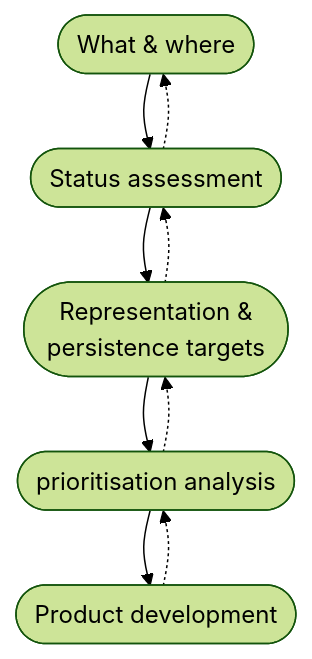
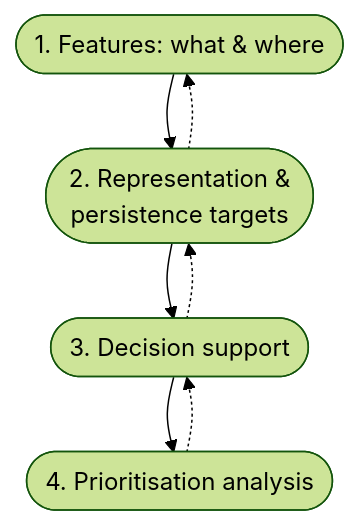
Before and after one commit to ekznw/kzn-scp: the diagram in website/intro.qmd, drawn with Mermaid (forest theme). The commit also changed other lines of this file and 100 other files, not shown here.

````diff
--- a/website/intro.qmd
+++ b/website/intro.qmd
@@ -83,26 +75,26 @@
 ```{mermaid}
 %%| fig-align: center
 
 %% png: images/intro/fig01.png
 
 flowchart TD
 
 %% === Main stages ===
-obj1([What & where])
-obj2([Status assessment])
-obj3([Representation & <br> persistence targets])
-obj4([prioritisation analysis])
-obj5([Product development])
+obj1([1. Features: what & where])
+%%obj2([Status assessment])
+obj2([2. Representation & <br> persistence targets])
+obj3([3. Decision support])
+obj4([4. Prioritisation analysis])
 
+%%obj1 --> obj2
 obj1 --> obj2
 obj2 --> obj3
 obj3 --> obj4
-obj4 --> obj5
-
 
 %% Feedback (use dashed; if not supported, we’ll restyle via linkStyle)
+
+%%obj3 -.-> obj2
 obj2 -.-> obj1
 obj3 -.-> obj2
 obj4 -.-> obj3
-obj5 -.-> obj4
 ```
````
